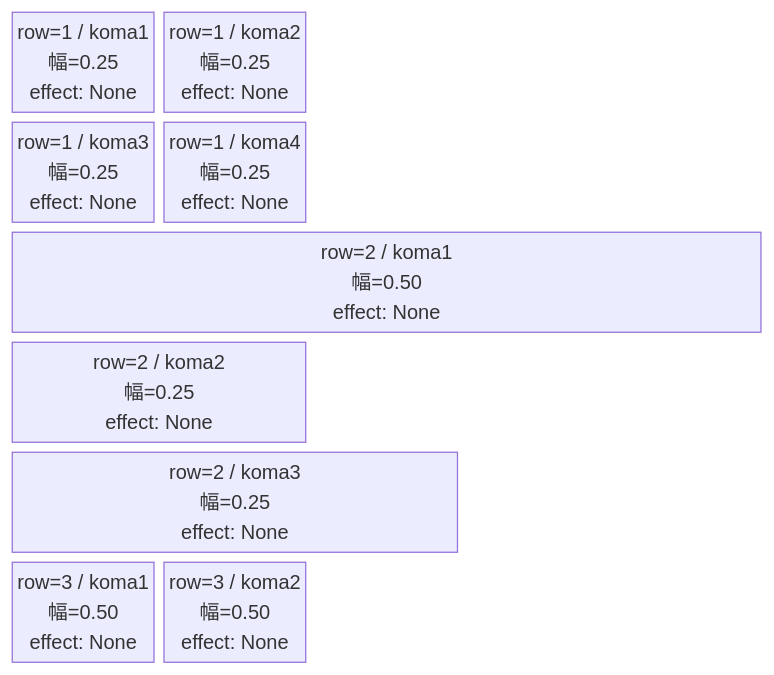
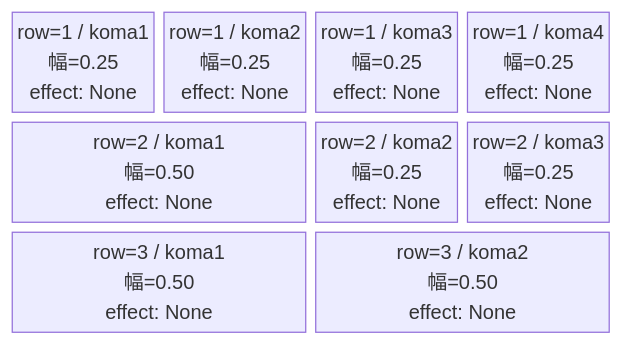
One commit to Wonderplanet/glow-brain changed the first of 2 diagrams in domain/tasks/20260311_202700_vd_masterdata_ingame_generation/vd-ingame-design-creator/vd_kai_normal_00001/design.md. Above: the diagram before and after it, drawn with Mermaid. The commit also changed other lines of this file and 1 other file, not shown here.

Commit message:
[20260310_115400_vd_ingame_masterdata_generation] vd_kai_normal_00001 design.md テキスト修正 + mermaid block-beta 修正 + design-format.md 指針更新

````diff
--- a/domain/tasks/20260311_202700_vd_masterdata_ingame_generation/vd-ingame-design-creator/vd_kai_normal_00001/design.md
+++ b/domain/tasks/20260311_202700_vd_masterdata_ingame_generation/vd-ingame-design-creator/vd_kai_normal_00001/design.md
@@ -43,9 +43,7 @@
 ```mermaid
 block-beta
   columns 4
   A["row=1 / koma1\n幅=0.25\neffect: None"]:1 B["row=1 / koma2\n幅=0.25\neffect: None"]:1 C["row=1 / koma3\n幅=0.25\neffect: None"]:1 D["row=1 / koma4\n幅=0.25\neffect: None"]:1
-  columns 10
-  E["row=2 / koma1\n幅=0.50\neffect: None"]:5 F["row=2 / koma2\n幅=0.25\neffect: None"]:2 G["row=2 / koma3\n幅=0.25\neffect: None"]:3
-  columns 2
-  H["row=3 / koma1\n幅=0.50\neffect: None"]:1 I["row=3 / koma2\n幅=0.50\neffect: None"]:1
+  E["row=2 / koma1\n幅=0.50\neffect: None"]:2 F["row=2 / koma2\n幅=0.25\neffect: None"]:1 G["row=2 / koma3\n幅=0.25\neffect: None"]:1
+  H["row=3 / koma1\n幅=0.50\neffect: None"]:2 I["row=3 / koma2\n幅=0.50\neffect: None"]:2
 ```
````
